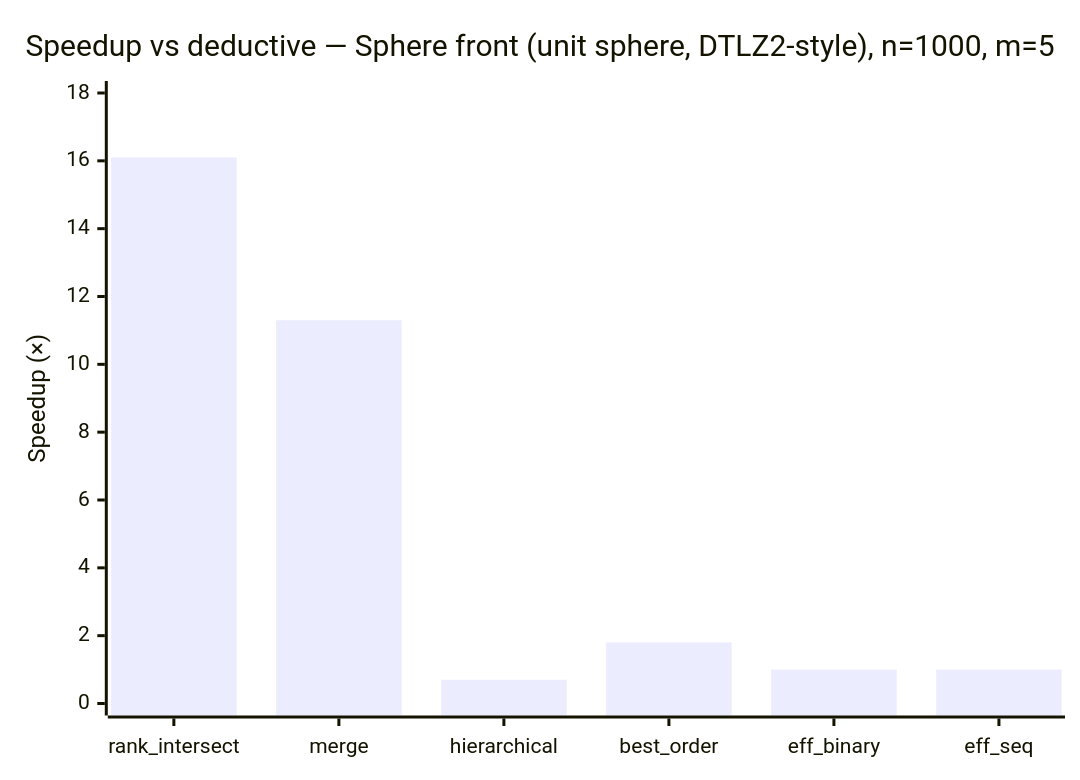
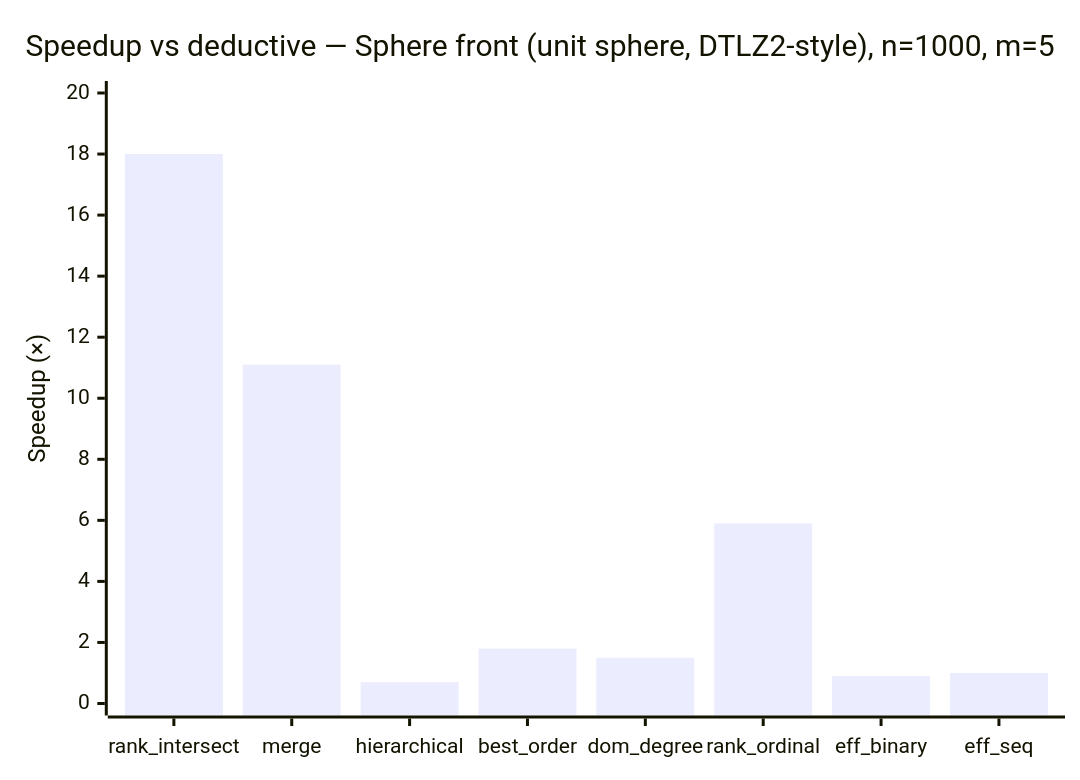
Before and after one commit to foolnotion/ndsort: the third of 8 diagrams in BENCHMARKS.md, drawn with Mermaid. The commit also changed other lines of this file and 3 other files, not shown here.

First line of the commit message:
feat: add dominance_degree and rank_ordinal to benchmarks; update docs

````diff
--- a/BENCHMARKS.md
+++ b/BENCHMARKS.md
@@ -96,7 +98,7 @@
 ```mermaid
 xychart-beta
     title "Speedup vs deductive — Sphere front (unit sphere, DTLZ2-style), n=1000, m=5"
-    x-axis ["rank_intersect", "merge", "hierarchical", "best_order", "eff_binary", "eff_seq"]
-    y-axis "Speedup (×)" 0 --> 18
-    bar [16.1, 11.3, 0.7, 1.8, 1.0, 1.0]
+    x-axis ["rank_intersect", "merge", "hierarchical", "best_order", "dom_degree", "rank_ordinal", "eff_binary", "eff_seq"]
+    y-axis "Speedup (×)" 0 --> 20
+    bar [18.0, 11.1, 0.7, 1.8, 1.5, 5.9, 0.9, 1.0]
 ```
````
